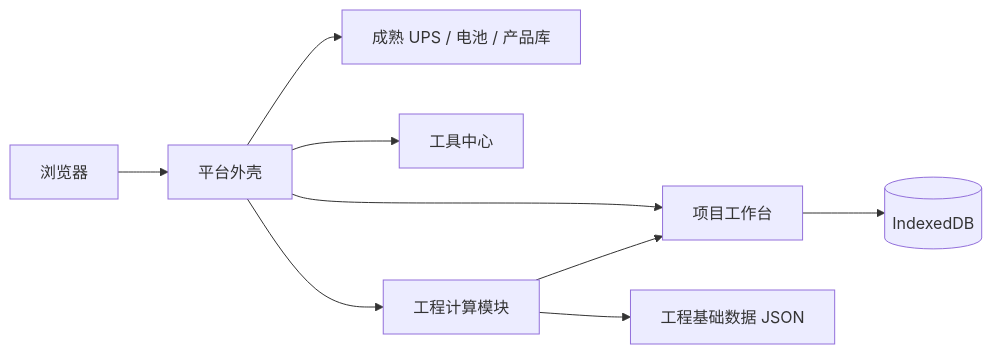
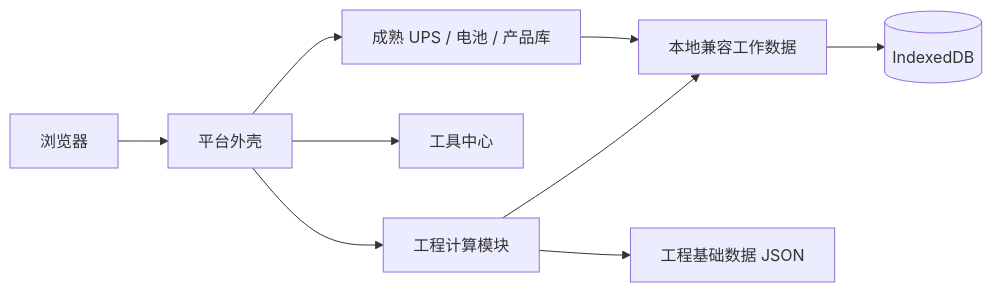
The diagram in docs/v2-architecture.md (xiaochuan1989/data-center-electrical-platform), drawn with Mermaid before and after one commit. The commit also changed other lines of this file and 7 other files, not shown here.

````diff
--- a/docs/v2-architecture.md
+++ b/docs/v2-architecture.md
@@ -9,11 +9,11 @@
 ```mermaid
 flowchart LR
   Browser[浏览器] --> Shell[平台外壳]
   Shell --> Legacy[成熟 UPS / 电池 / 产品库]
-  Shell --> Project[项目工作台]
   Shell --> Tools[工具中心]
   Shell --> Engineering[工程计算模块]
-  Project --> IDB[(IndexedDB)]
+  Legacy --> WorkspaceData[本地兼容工作数据]
+  Engineering --> WorkspaceData
+  WorkspaceData --> IDB[(IndexedDB)]
   Engineering --> Data[工程基础数据 JSON]
-  Engineering --> Project
 ```
````
